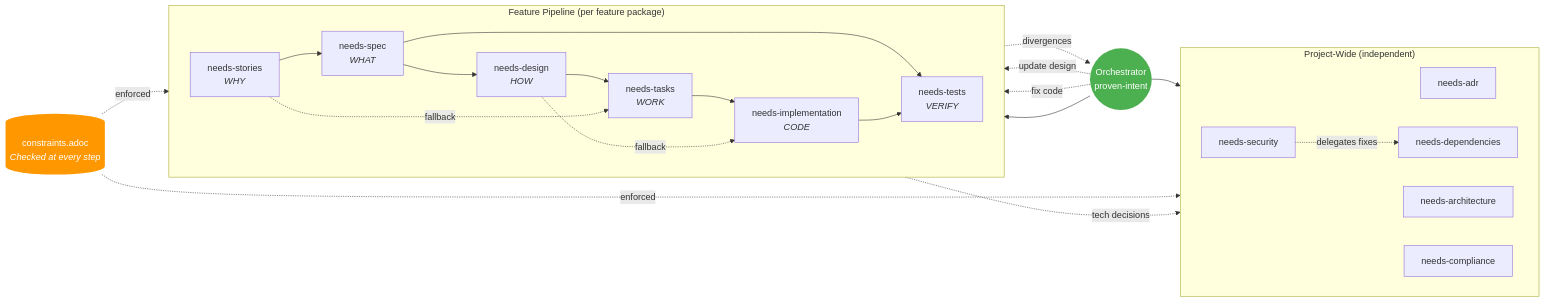
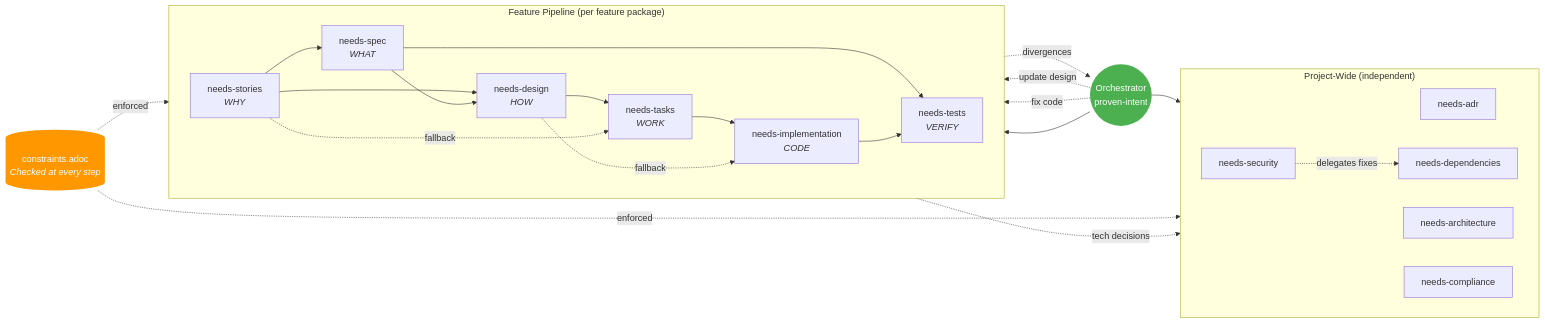
The second of 5 diagrams in README.md (provenimpact/proven-needs), drawn with Mermaid before and after one commit. The commit also changed other lines of this file, not shown here.

First line of the commit message:
fix(readme): add missing stories->design arrow and complete artifact reads table

````diff
--- a/README.md
+++ b/README.md
@@ -54,45 +54,46 @@
 ```mermaid
 flowchart LR
     subgraph feature ["Feature Pipeline (per feature package)"]
         direction LR
         STORIES["needs-stories<br/><i>WHY</i>"]
         SPEC["needs-spec<br/><i>WHAT</i>"]
         DESIGN["needs-design<br/><i>HOW</i>"]
         TASKS["needs-tasks<br/><i>WORK</i>"]
         IMPL["needs-implementation<br/><i>CODE</i>"]
         TESTS["needs-tests<br/><i>VERIFY</i>"]
 
         STORIES --> SPEC
+        STORIES --> DESIGN
         SPEC --> DESIGN
         DESIGN --> TASKS
         STORIES -.->|fallback| TASKS
         TASKS --> IMPL
         DESIGN -.->|fallback| IMPL
         SPEC --> TESTS
         IMPL --> TESTS
     end
 
     subgraph project ["Project-Wide (independent)"]
         direction LR
         ADR["needs-adr"]
         ARCH["needs-architecture"]
         DEPS["needs-dependencies"]
         SEC["needs-security"]
         COMP["needs-compliance"]
     end
 
     INTENT((Orchestrator<br/>proven-intent)) --> feature
     INTENT --> project
 
     DESIGN -.->|tech decisions| ADR
     SEC -.->|delegates fixes| DEPS
     IMPL -.->|divergences| INTENT
     INTENT -.->|update design| DESIGN
     INTENT -.->|fix code| IMPL
 
     CONSTRAINTS[("constraints.adoc<br/><i>Checked at every step</i>")] -.->|enforced| feature
     CONSTRAINTS -.->|enforced| project
 
     style INTENT fill:#4CAF50,color:#fff,stroke:none
     style CONSTRAINTS fill:#FF9800,color:#fff,stroke:none
 ```
````
